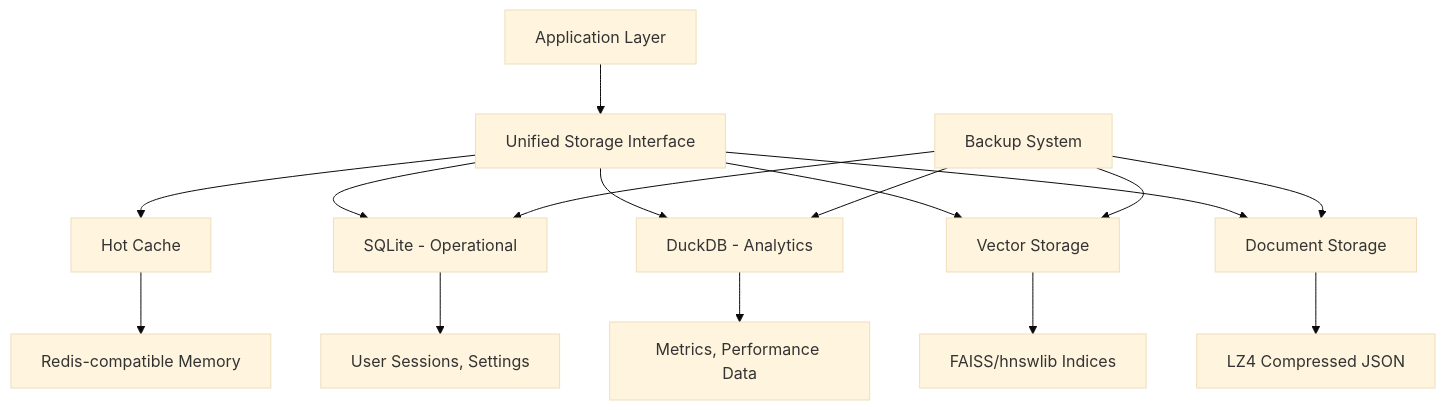
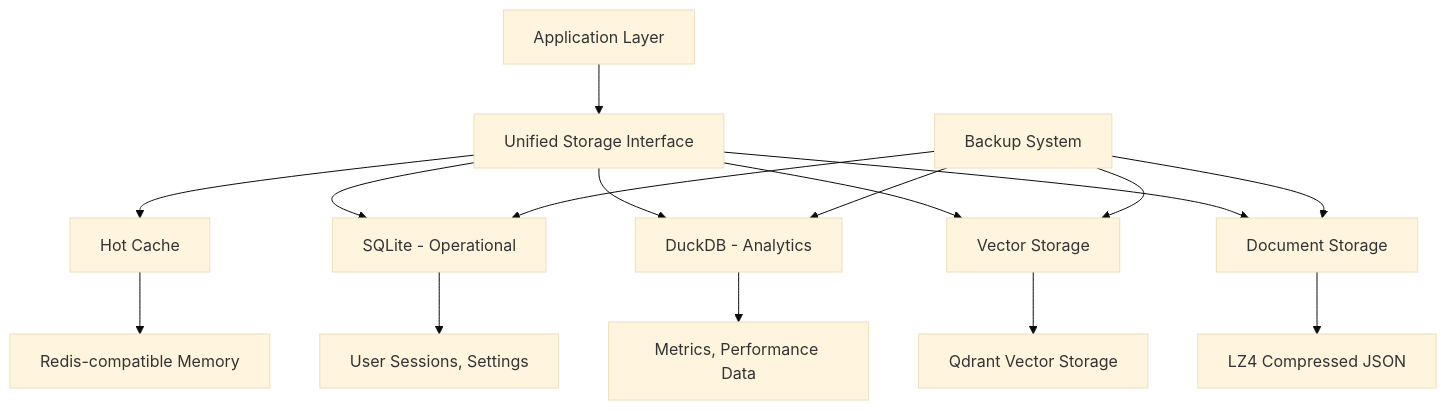
The diagram in docs/adrs/new/ADR-007-NEW-hybrid-persistence-strategy.md (BjornMelin/docmind-ai-llm), drawn with Mermaid (base theme) before and after one commit. The commit also changed other lines of this file and 14 other files, not shown here.

First line of the commit message:
docs(adrs): update architecture decision records for model specifications and agent architecture

````diff
--- a/docs/adrs/new/ADR-007-NEW-hybrid-persistence-strategy.md
+++ b/docs/adrs/new/ADR-007-NEW-hybrid-persistence-strategy.md
@@ -177,21 +177,21 @@
 ```mermaid
 graph TD
     A[Application Layer] --> B[Unified Storage Interface]
     
     B --> C[Hot Cache]
     B --> D[SQLite - Operational]
     B --> E[DuckDB - Analytics]
     B --> F[Vector Storage]
     B --> G[Document Storage]
     
     C --> H[Redis-compatible Memory]
     D --> I[User Sessions, Settings]
     E --> J[Metrics, Performance Data]
-    F --> K[FAISS/hnswlib Indices]
+    F --> K[Qdrant Vector Storage]
     G --> L[LZ4 Compressed JSON]
     
     M[Backup System] --> D
     M --> E
     M --> F
     M --> G
 ```
````
